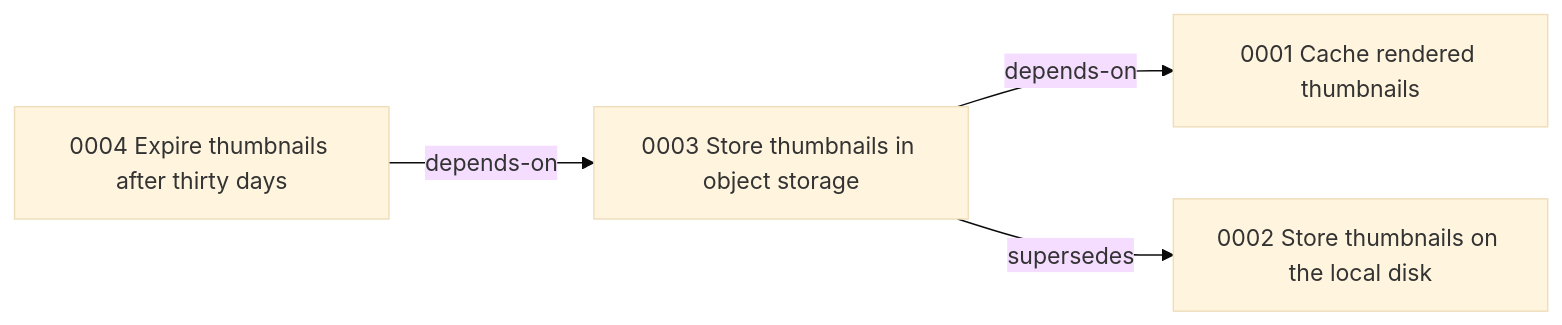
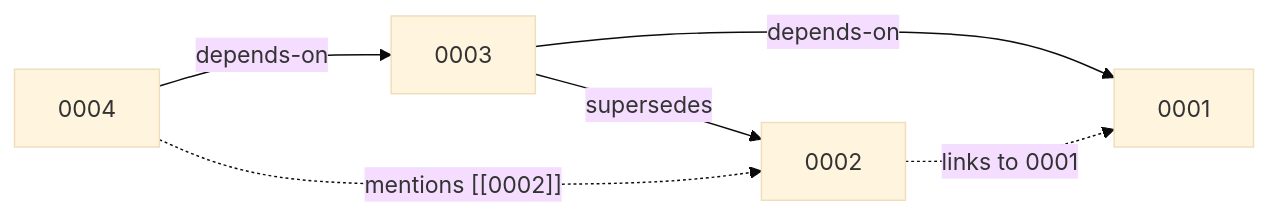
One commit to Kaikei-e/DocDag changed the seventh of 7 diagrams in README.md. Above: the diagram before and after it, drawn with Mermaid (base theme). The commit also changed other lines of this file, not shown here.

````diff
--- a/README.md
+++ b/README.md
@@ -20,10 +532,8 @@
 ```mermaid
 graph LR
-  0001["0001 Cache rendered thumbnails"]
-  0002["0002 Store thumbnails on the local disk"]
-  0003["0003 Store thumbnails in object storage"]
-  0004["0004 Expire thumbnails after thirty days"]
-  0003 -->|depends-on| 0001
-  0003 -->|supersedes| 0002
-  0004 -->|depends-on| 0003
+  0003["0003"] -->|supersedes| 0002["0002"]
+  0003 -->|depends-on| 0001["0001"]
+  0004["0004"] -->|depends-on| 0003
+  0004 -. "mentions [[0002]]" .-> 0002
+  0002 -. "links to 0001" .-> 0001
 ```
````
